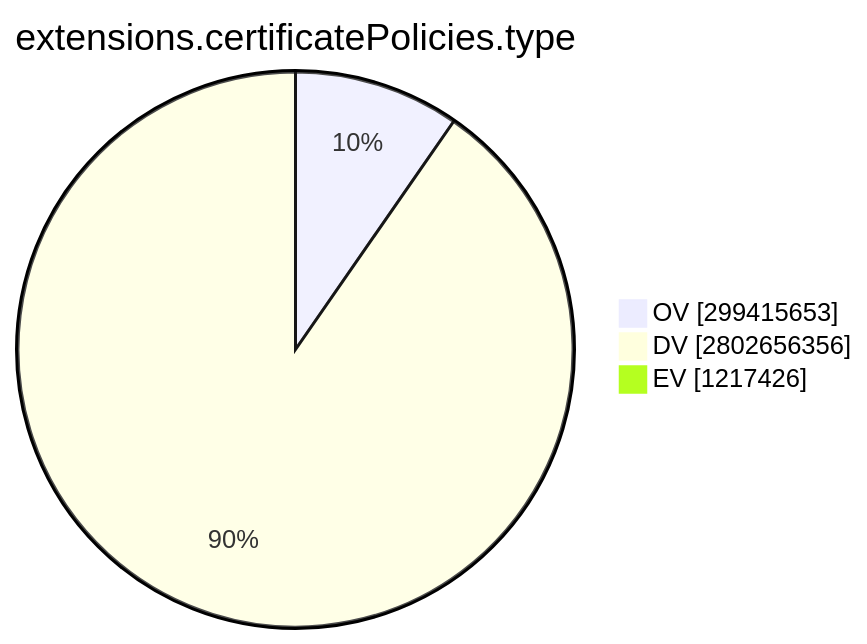
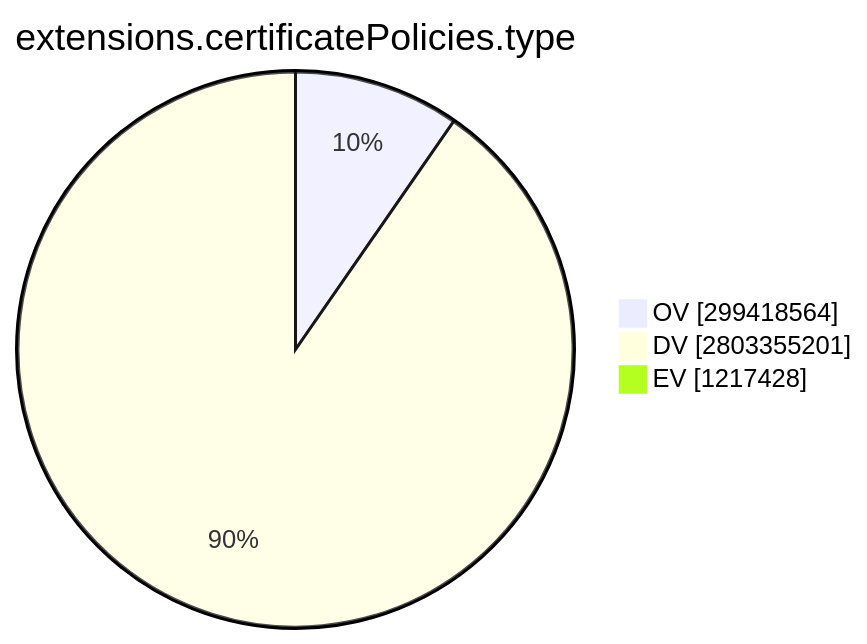
One commit to christiankrug/ctmonitor_visualization changed the ninth of 15 diagrams in TOTAL/README.md. Above: the diagram before and after it, drawn with Mermaid. The commit also changed other lines of this file, not shown here.

````diff
--- a/TOTAL/README.md
+++ b/TOTAL/README.md
@@ -3101,7 +3101,7 @@
 ```mermaid
 pie showData
 title extensions.certificatePolicies.type
-"OV" :299415653
-"DV" :2802656356
-"EV" :1217426
+"OV" :299418564
+"DV" :2803355201
+"EV" :1217428
 ```
````
